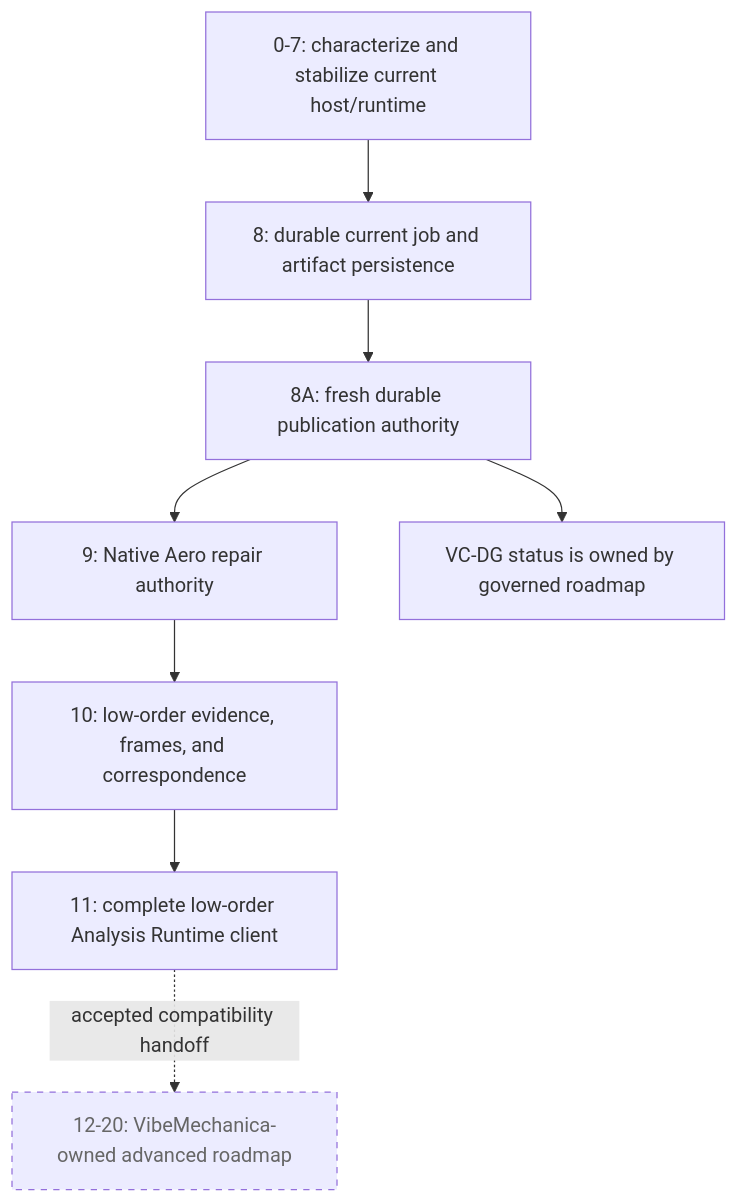
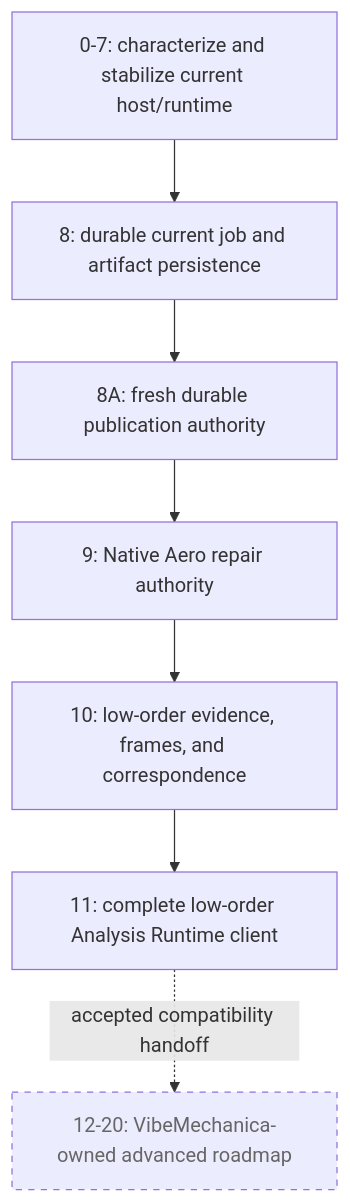
One commit to halthinks/vibecad changed the diagram in docs/vibecadaero-roadmap.md. Above: the diagram before and after it, drawn with Mermaid. The commit also changed other lines of this file and 5 other files, not shown here.

````diff
--- a/docs/vibecadaero-roadmap.md
+++ b/docs/vibecadaero-roadmap.md
@@ -415,11 +438,10 @@
 ```mermaid
 flowchart TD
     A[0-7: characterize and stabilize current host/runtime] --> B[8: durable current job and artifact persistence]
     B --> C[8A: fresh durable publication authority]
     C --> D[9: Native Aero repair authority]
     D --> E[10: low-order evidence, frames, and correspondence]
     E --> F[11: complete low-order Analysis Runtime client]
     F -. accepted compatibility handoff .-> H[12-20: VibeMechanica-owned advanced roadmap]:::historical
-    C --> DG[VC-DG status is owned by governed roadmap]
     classDef historical stroke-dasharray: 5 5,color:#666;
 ```
````
